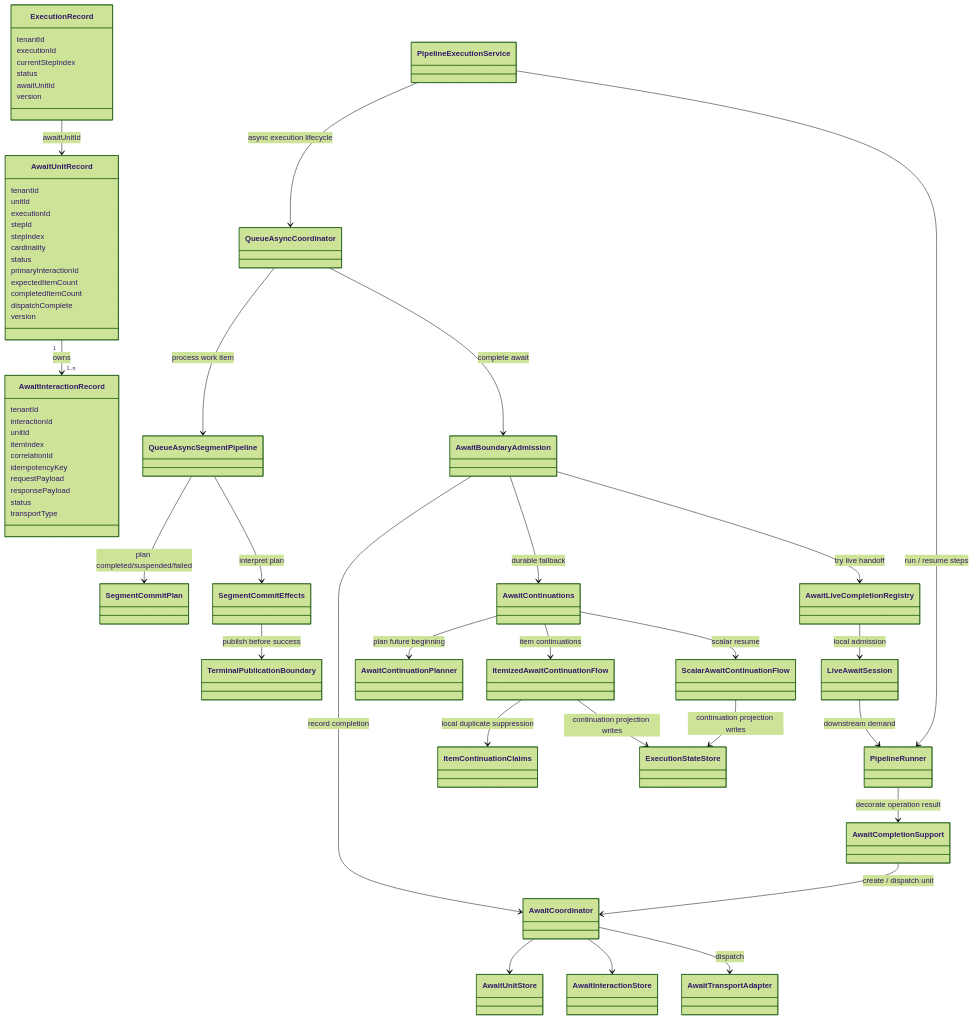
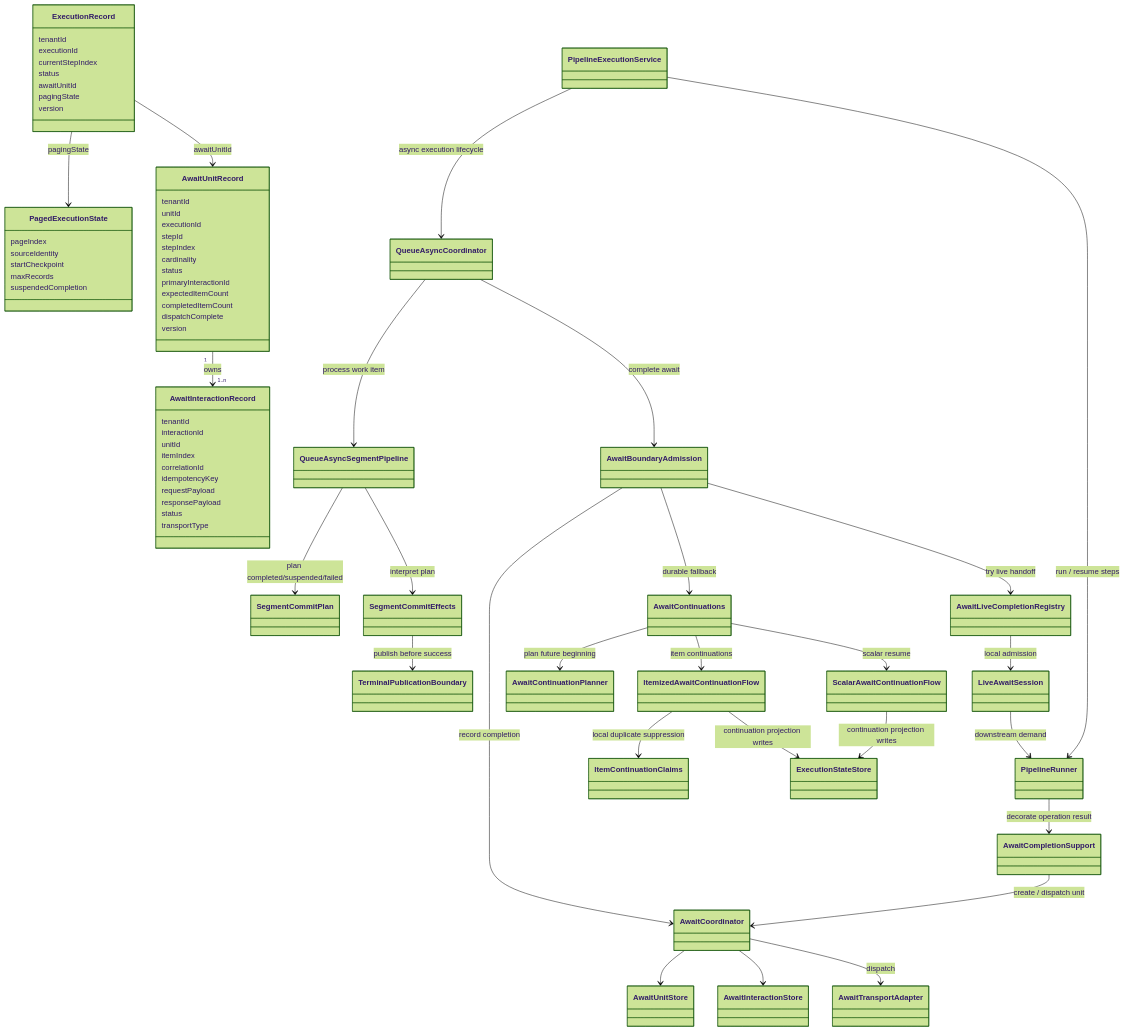
One commit to The-Pipeline-Framework/pipelineframework changed the first of 2 diagrams in docs/evolve/await-unit-runtime/index.md. Above: the diagram before and after it, drawn with Mermaid (forest theme). The commit also changed other lines of this file and 29 other files, not shown here.

First line of the commit message:
Reworked the CSV Payments Await sequence and related docs (#984)

```diff
--- a/docs/evolve/await-unit-runtime/index.md
+++ b/docs/evolve/await-unit-runtime/index.md
@@ -64,7 +64,16 @@
       currentStepIndex
       status
       awaitUnitId
+      pagingState
       version
+    }
+
+    class PagedExecutionState {
+      pageIndex
+      sourceIdentity
+      startCheckpoint
+      maxRecords
+      suspendedCompletion
     }
 
     class AwaitUnitRecord {
@@ -118,6 +127,7 @@
     class ExecutionStateStore
 
     ExecutionRecord --> AwaitUnitRecord : awaitUnitId
+    ExecutionRecord --> PagedExecutionState : pagingState
     AwaitUnitRecord "1" --> "1..n" AwaitInteractionRecord : owns
     PipelineExecutionService --> PipelineRunner : run / resume steps
     PipelineRunner --> AwaitCompletionSupport : decorate operation result
```
